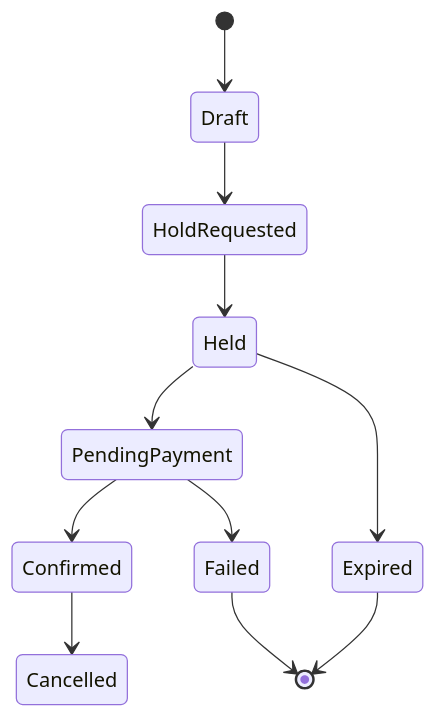
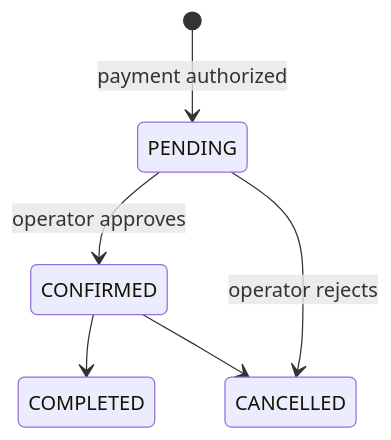
The fifth of 5 diagrams in docs/domain/booking-lifecycle.md (hamdanahmadkhan101-tech/khan-familia-platform), drawn with Mermaid before and after one commit. The commit also changed other lines of this file and 7 other files, not shown here.

````diff
--- a/docs/domain/booking-lifecycle.md
+++ b/docs/domain/booking-lifecycle.md
@@ -76,13 +135,8 @@
 ```mermaid
 stateDiagram-v2
-  [*] --> Draft
-  Draft --> HoldRequested
-  HoldRequested --> Held
-  Held --> PendingPayment
-  PendingPayment --> Confirmed
-  Held --> Expired
-  PendingPayment --> Failed
-  Confirmed --> Cancelled
-  Expired --> [*]
-  Failed --> [*]
+  [*] --> PENDING : payment authorized
+  PENDING --> CONFIRMED : operator approves
+  PENDING --> CANCELLED : operator rejects
+  CONFIRMED --> COMPLETED
+  CONFIRMED --> CANCELLED
 ```
````
